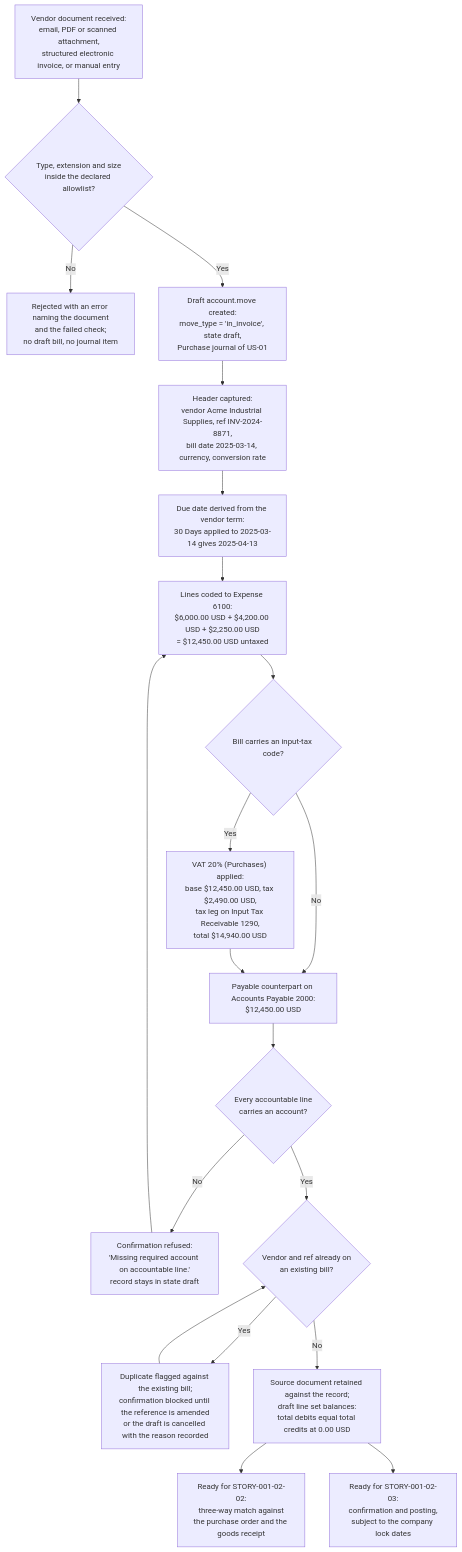
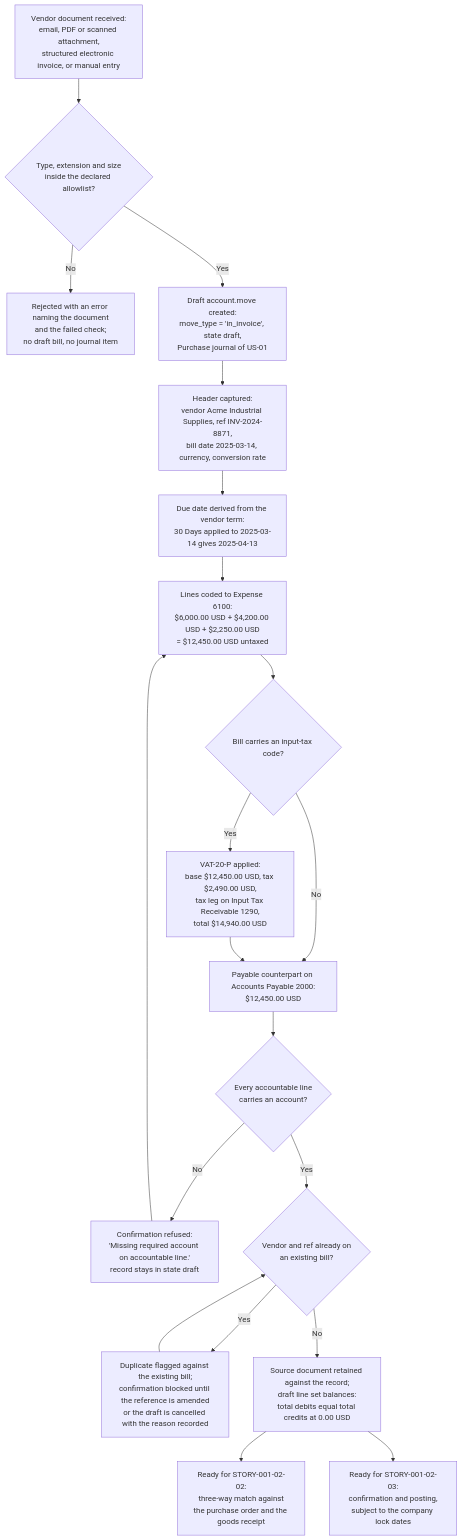
Before and after one commit to Blitzy-Sandbox/blitzy-odoo: the diagram in tickets/EPIC-001/FEATURE-001-02/STORY-001-02-01-capture-vendor-bills.md, drawn with Mermaid. The commit also changed other lines of this file and 51 other files, not shown here.

````diff
--- a/tickets/EPIC-001/FEATURE-001-02/STORY-001-02-01-capture-vendor-bills.md
+++ b/tickets/EPIC-001/FEATURE-001-02/STORY-001-02-01-capture-vendor-bills.md
@@ -403,22 +414,22 @@
 ```mermaid
 flowchart TD
     A["Vendor document received:<br/>email, PDF or scanned attachment,<br/>structured electronic invoice, or manual entry"] --> B{"Type, extension and size<br/>inside the declared allowlist?"}
     B -->|"No"| C["Rejected with an error naming the document<br/>and the failed check;<br/>no draft bill, no journal item"]
     B -->|"Yes"| D["Draft account.move created:<br/>move_type = 'in_invoice', state draft,<br/>Purchase journal of US-01"]
     D --> E["Header captured:<br/>vendor Acme Industrial Supplies, ref INV-2024-8871,<br/>bill date 2025-03-14, currency, conversion rate"]
     E --> F["Due date derived from the vendor term:<br/>30 Days applied to 2025-03-14 gives 2025-04-13"]
     F --> G["Lines coded to Expense 6100:<br/>$6,000.00 USD + $4,200.00 USD + $2,250.00 USD<br/>= $12,450.00 USD untaxed"]
     G --> H{"Bill carries an input-tax code?"}
-    H -->|"Yes"| I["VAT 20% (Purchases) applied:<br/>base $12,450.00 USD, tax $2,490.00 USD,<br/>tax leg on Input Tax Receivable 1290,<br/>total $14,940.00 USD"]
+    H -->|"Yes"| I["VAT-20-P applied:<br/>base $12,450.00 USD, tax $2,490.00 USD,<br/>tax leg on Input Tax Receivable 1290,<br/>total $14,940.00 USD"]
     H -->|"No"| J["Payable counterpart on Accounts Payable 2000:<br/>$12,450.00 USD"]
     I --> J
     J --> K{"Every accountable line<br/>carries an account?"}
     K -->|"No"| L["Confirmation refused:<br/>'Missing required account on accountable line.'<br/>record stays in state draft"]
     L --> G
     K -->|"Yes"| M{"Vendor and ref already on<br/>an existing bill?"}
     M -->|"Yes"| N["Duplicate flagged against the existing bill;<br/>confirmation blocked until the reference is amended<br/>or the draft is cancelled with the reason recorded"]
     N --> M
     M -->|"No"| O["Source document retained against the record;<br/>draft line set balances:<br/>total debits equal total credits at 0.00 USD"]
     O --> P["Ready for STORY-001-02-02:<br/>three-way match against<br/>the purchase order and the goods receipt"]
     O --> Q["Ready for STORY-001-02-03:<br/>confirmation and posting,<br/>subject to the company lock dates"]
 ```
````
